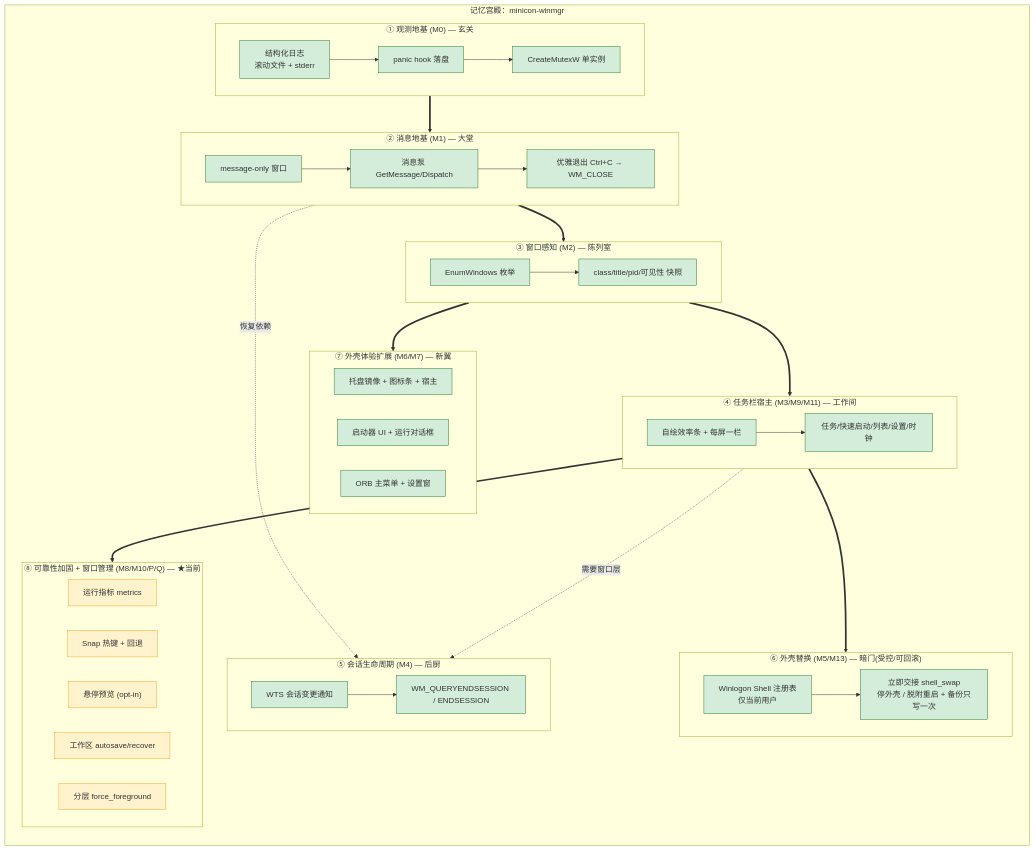
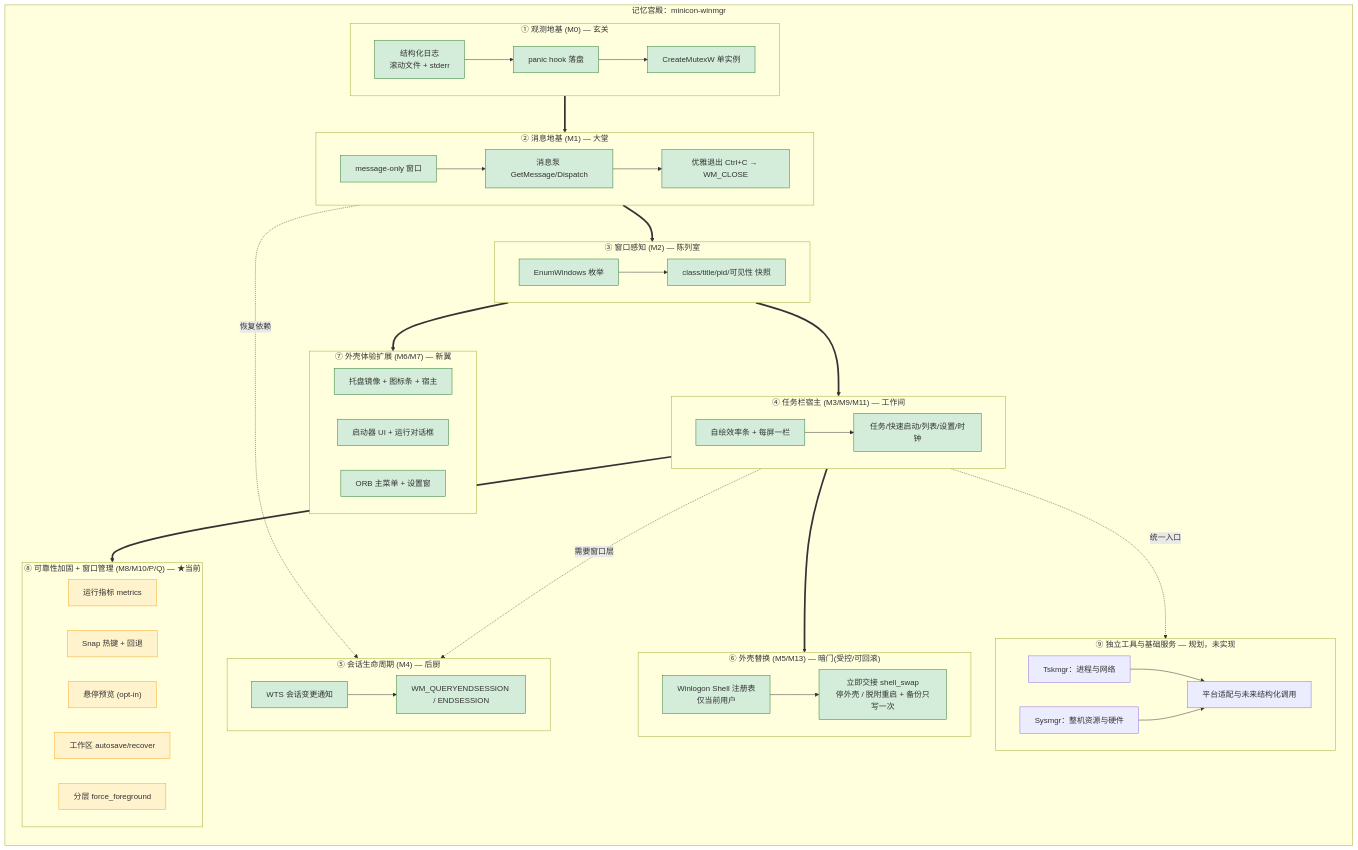
One commit to partnernetsoftware/minicon-winmgr changed the diagram in docs/prd.md. Above: the diagram before and after it, drawn with Mermaid. The commit also changed other lines of this file and 10 other files, not shown here.

Commit message:
docs: define tool boundaries and cross-platform roadmap after v0.1.15

````diff
--- a/docs/prd.md
+++ b/docs/prd.md
@@ -235,60 +252,68 @@
 ```mermaid
 flowchart TD
     subgraph PALACE["记忆宫殿：minicon-winmgr"]
         direction TB
         subgraph ROOM_A["① 观测地基 (M0) — 玄关"]
             A1["结构化日志<br/>滚动文件 + stderr"]
             A2["panic hook 落盘"]
             A3["CreateMutexW 单实例"]
             A1 --> A2 --> A3
         end
         subgraph ROOM_B["② 消息地基 (M1) — 大堂"]
             B1["message-only 窗口"]
             B2["消息泵 GetMessage/Dispatch"]
             B3["优雅退出 Ctrl+C → WM_CLOSE"]
             B1 --> B2 --> B3
         end
         subgraph ROOM_C["③ 窗口感知 (M2) — 陈列室"]
             C1["EnumWindows 枚举"]
             C2["class/title/pid/可见性 快照"]
             C1 --> C2
         end
         subgraph ROOM_D["④ 任务栏宿主 (M3/M9/M11) — 工作间"]
             D1["自绘效率条 + 每屏一栏"]
             D2["任务/快速启动/列表/设置/时钟"]
             D1 --> D2
         end
         subgraph ROOM_E["⑤ 会话生命周期 (M4) — 后厨"]
             E1["WTS 会话变更通知"]
             E2["WM_QUERYENDSESSION / ENDSESSION"]
             E1 --> E2
         end
         subgraph ROOM_F["⑥ 外壳替换 (M5/M13) — 暗门(受控/可回滚)"]
             F1["Winlogon Shell 注册表<br/>仅当前用户"]
             F2["立即交接 shell_swap<br/>停外壳 / 脱附重启 + 备份只写一次"]
             F1 --> F2
         end
         subgraph ROOM_G["⑦ 外壳体验扩展 (M6/M7) — 新翼"]
             G1["托盘镜像 + 图标条 + 宿主"]
             G2["启动器 UI + 运行对话框"]
             G3["ORB 主菜单 + 设置窗"]
         end
+        subgraph ROOM_I["⑨ 独立工具与基础服务 — 规划，未实现"]
+            I1["Tskmgr：进程与网络"]
+            I2["Sysmgr：整机资源与硬件"]
+            I3["平台适配与未来结构化调用"]
+            I1 --> I3
+            I2 --> I3
+        end
         subgraph ROOM_H["⑧ 可靠性加固 + 窗口管理 (M8/M10/P/Q) — ★当前"]
             H1["运行指标 metrics"]
             H2["Snap 热键 + 回退"]
             H3["悬停预览 (opt-in)"]
             H4["工作区 autosave/recover"]
             H5["分层 force_foreground"]
         end
     end
     ROOM_A ==> ROOM_B ==> ROOM_C ==> ROOM_D
     ROOM_B -.恢复依赖.-> ROOM_E
     ROOM_D -.需要窗口层.-> ROOM_E
     ROOM_D ==> ROOM_F
     ROOM_C ==> ROOM_G
     ROOM_D ==> ROOM_H
+    ROOM_D -.统一入口.-> ROOM_I
     classDef done fill:#d4edda,stroke:#2e7d32;
     classDef current fill:#fff3cd,stroke:#f9a825;
     class A1,A2,A3,B1,B2,B3,C1,C2,D1,D2,E1,E2,F1,F2,G1,G2,G3 done;
     class H1,H2,H3,H4,H5 current;
 ```
````
